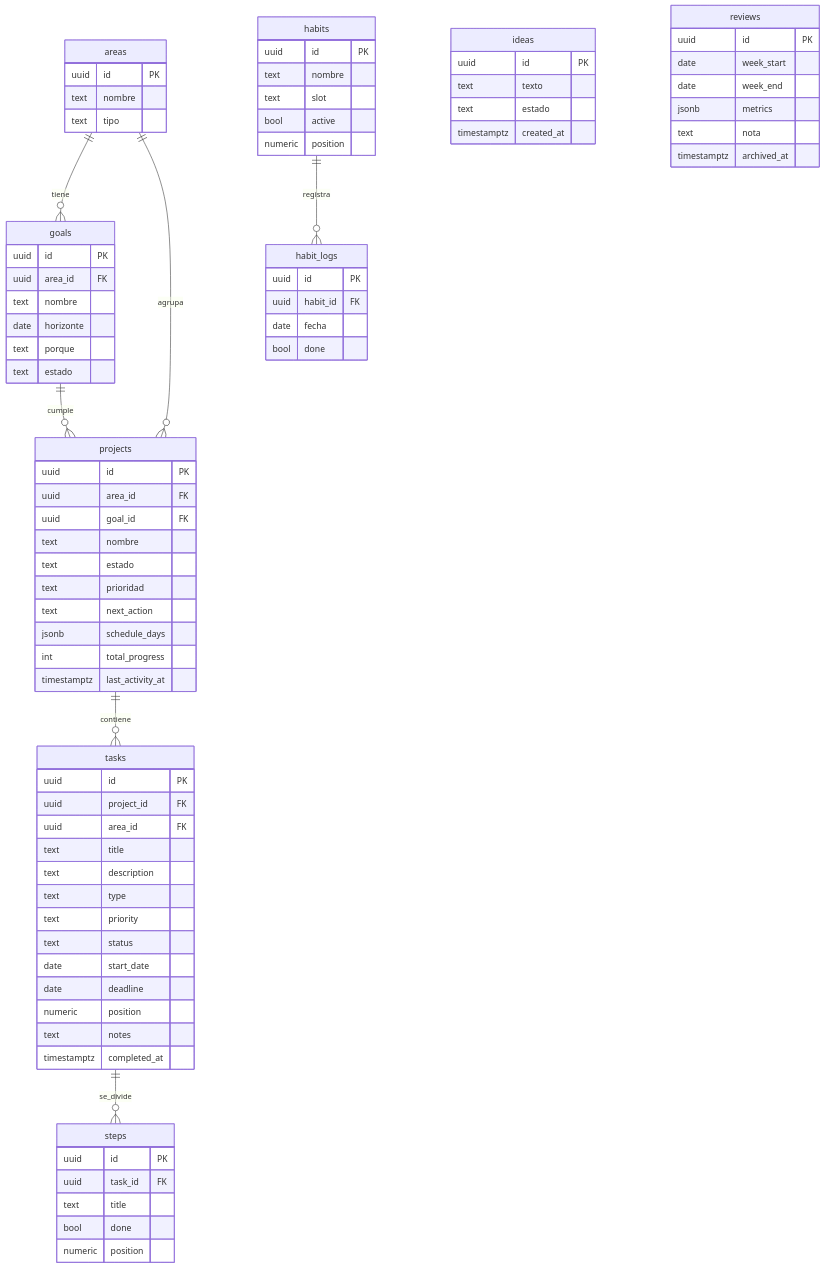
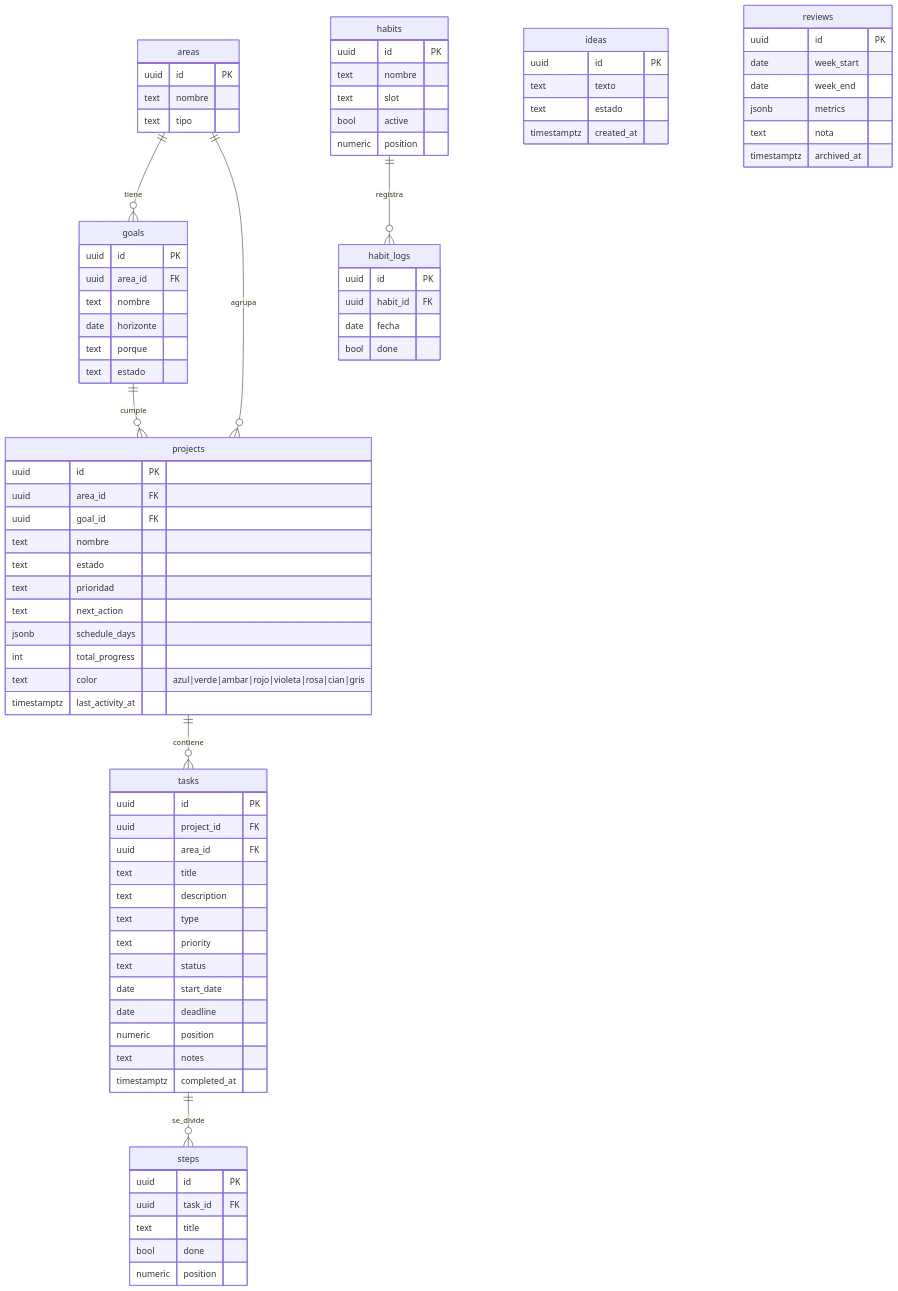
The diagram in docs/DATA-MODEL.md (csr9497/second-brain), drawn with Mermaid before and after one commit.

Commit message:
docs: color de proyecto en el modelo de datos

```diff
--- a/docs/DATA-MODEL.md
+++ b/docs/DATA-MODEL.md
@@ -34,6 +34,7 @@
     text next_action
     jsonb schedule_days
     int total_progress
+    text color "azul|verde|ambar|rojo|violeta|rosa|cian|gris"
     timestamptz last_activity_at
   }
   tasks {
```
